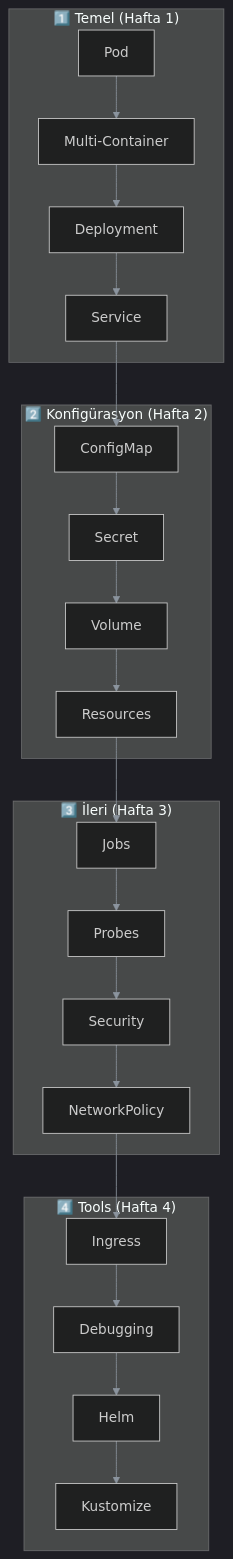
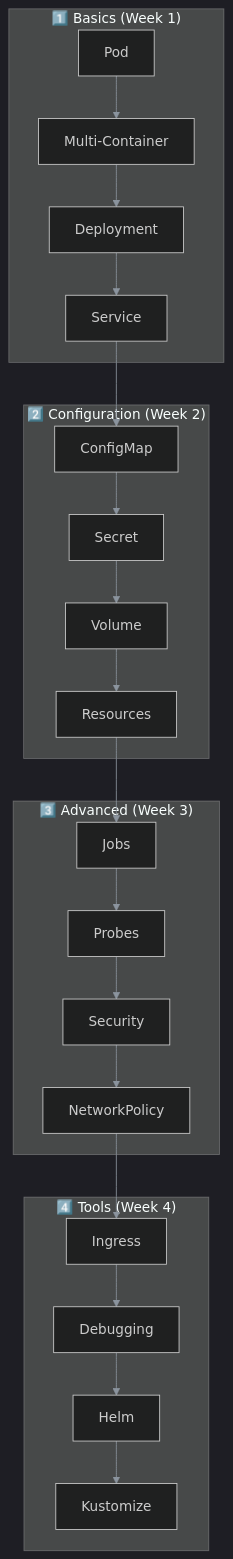
The diagram in README.md (uzunenes/CKAD), drawn with Mermaid before and after one commit. The commit also changed other lines of this file and 4 other files, not shown here.

````diff
--- a/README.md
+++ b/README.md
@@ -42,31 +42,31 @@
 ```mermaid
 %%{init: {'theme': 'dark', 'themeVariables': { 'primaryColor': '#1f6feb', 'primaryTextColor': '#fff', 'primaryBorderColor': '#388bfd', 'lineColor': '#8b949e', 'secondaryColor': '#21262d', 'tertiaryColor': '#161b22'}}}%%
 graph TB
-    subgraph "1️⃣ Temel (Hafta 1)"
+    subgraph "1️⃣ Basics (Week 1)"
         POD[Pod] --> MULTI[Multi-Container]
         MULTI --> DEP[Deployment]
         DEP --> SVC[Service]
     end
     
-    subgraph "2️⃣ Konfigürasyon (Hafta 2)"
+    subgraph "2️⃣ Configuration (Week 2)"
         CM[ConfigMap] --> SEC[Secret]
         SEC --> VOL[Volume]
         VOL --> RES[Resources]
     end
     
-    subgraph "3️⃣ İleri (Hafta 3)"
+    subgraph "3️⃣ Advanced (Week 3)"
         JOB[Jobs] --> PROBE[Probes]
         PROBE --> SECCTX[Security]
         SECCTX --> NP[NetworkPolicy]
     end
     
-    subgraph "4️⃣ Tools (Hafta 4)"
+    subgraph "4️⃣ Tools (Week 4)"
         ING[Ingress] --> DEBUG[Debugging]
         DEBUG --> HELM[Helm]
         HELM --> KUS[Kustomize]
     end
     
     SVC --> CM
     RES --> JOB
     NP --> ING
 ```
````
